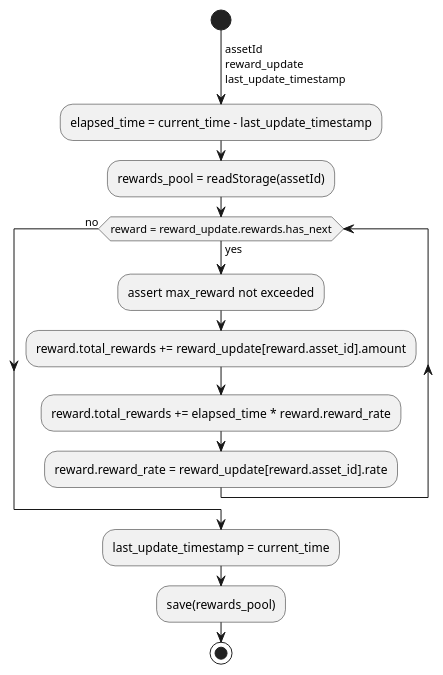
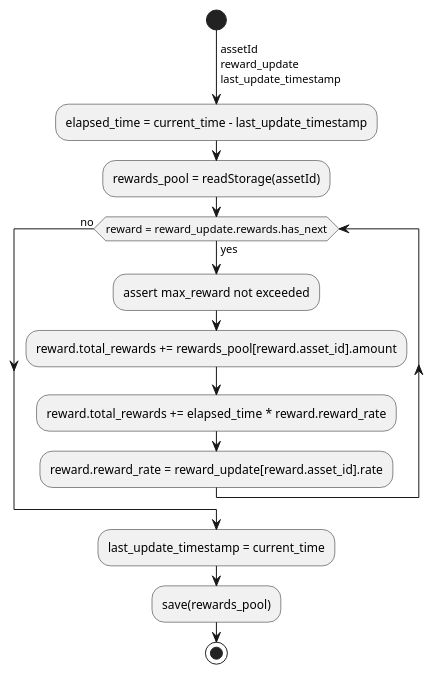
One commit to ComposableFi/composable changed the eighth of 9 diagrams in rfcs/0005-pablo-distribution-assets/0005-pablo-distribution.adoc. Above: the diagram before and after it, drawn with PlantUML.

Commit message:
fix error in update-reward-pool plantuml

```diff
--- a/rfcs/0005-pablo-distribution-assets/0005-pablo-distribution.adoc
+++ b/rfcs/0005-pablo-distribution-assets/0005-pablo-distribution.adoc
@@ -484,16 +484,16 @@
 [plantuml,images/update-reward-pool,png]
 ----
 start
 ->assetId\nreward_update\nlast_update_timestamp;
 :elapsed_time = current_time - last_update_timestamp;
 :rewards_pool = readStorage(assetId);
 while (reward = reward_update.rewards.has_next) is (yes)
     :assert max_reward not exceeded;
-    :reward.total_rewards += reward_update[reward.asset_id].amount;
+    :reward.total_rewards += rewards_pool[reward.asset_id].amount;
     :reward.total_rewards += elapsed_time * reward.reward_rate;
     :reward.reward_rate = reward_update[reward.asset_id].rate;
 endwhile (no)
 :last_update_timestamp = current_time;
 :save(rewards_pool);
 stop
 ----
```
